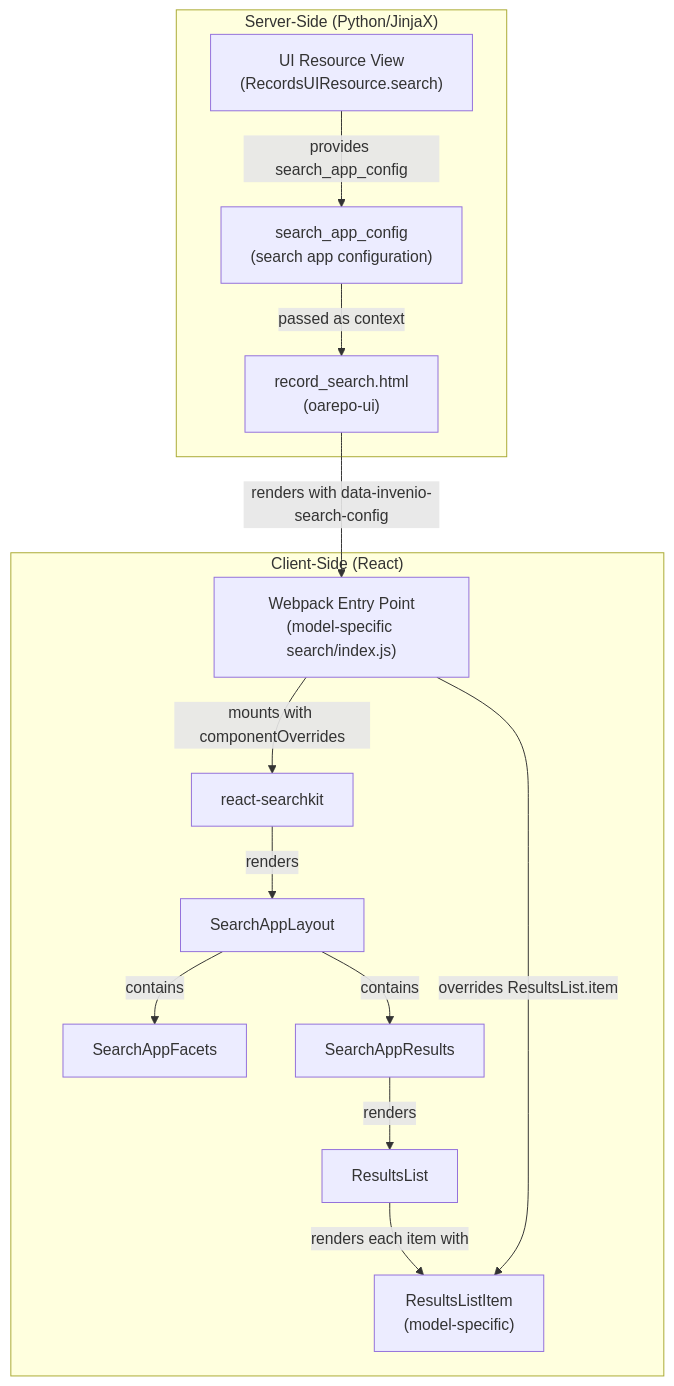
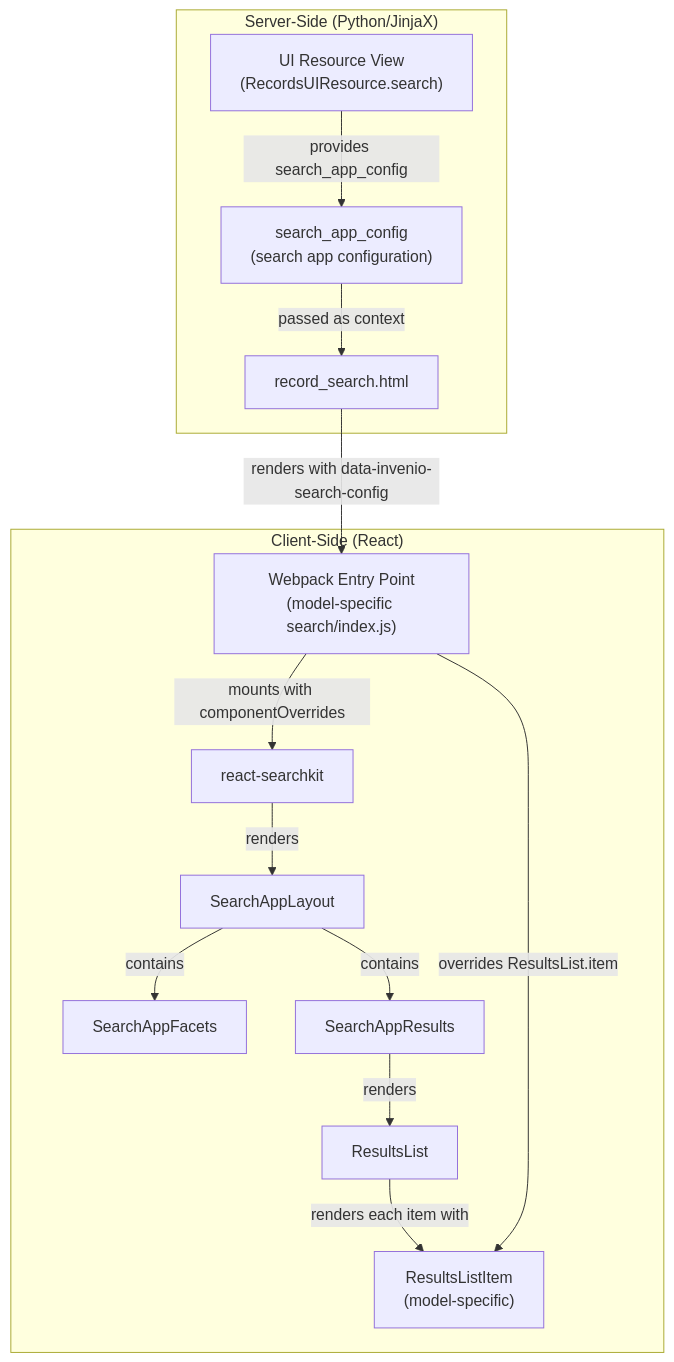
Before and after one commit to NRP-CZ/docs: the second of 2 diagrams in content/customize/model_ui/search.mdx, drawn with Mermaid. The commit also changed other lines of this file and 5 other files, not shown here.

````diff
--- a/content/customize/model_ui/search.mdx
+++ b/content/customize/model_ui/search.mdx
@@ -31,29 +31,29 @@
 ```mermaid
 graph TD
     subgraph ServerSide["Server-Side (Python/JinjaX)"]
         VR["UI Resource View<br/>(RecordsUIResource.search)"]
         SAC["search_app_config<br/>(search app configuration)"]
-        SJ["record_search.html<br/>(oarepo-ui)"]
+        SJ["record_search.html"]
     end
 
     subgraph ClientSide["Client-Side (React)"]
         EP["Webpack Entry Point<br/>(model-specific search/index.js)"]
         RSK["react-searchkit"]
         SAL["SearchAppLayout"]
         SAF["SearchAppFacets"]
         SAR["SearchAppResults"]
         RL["ResultsList"]
         RLI["ResultsListItem<br/>(model-specific)"]
     end
 
     VR -->|provides search_app_config| SAC
     SAC -->|passed as context| SJ
     SJ -->|renders with data-invenio-search-config| EP
     EP -->|mounts with componentOverrides| RSK
     EP -->|overrides ResultsList.item| RLI
     RSK -->|renders| SAL
     SAL -->|contains| SAF
     SAL -->|contains| SAR
     SAR -->|renders| RL
     RL -->|renders each item with| RLI
 ```
````
